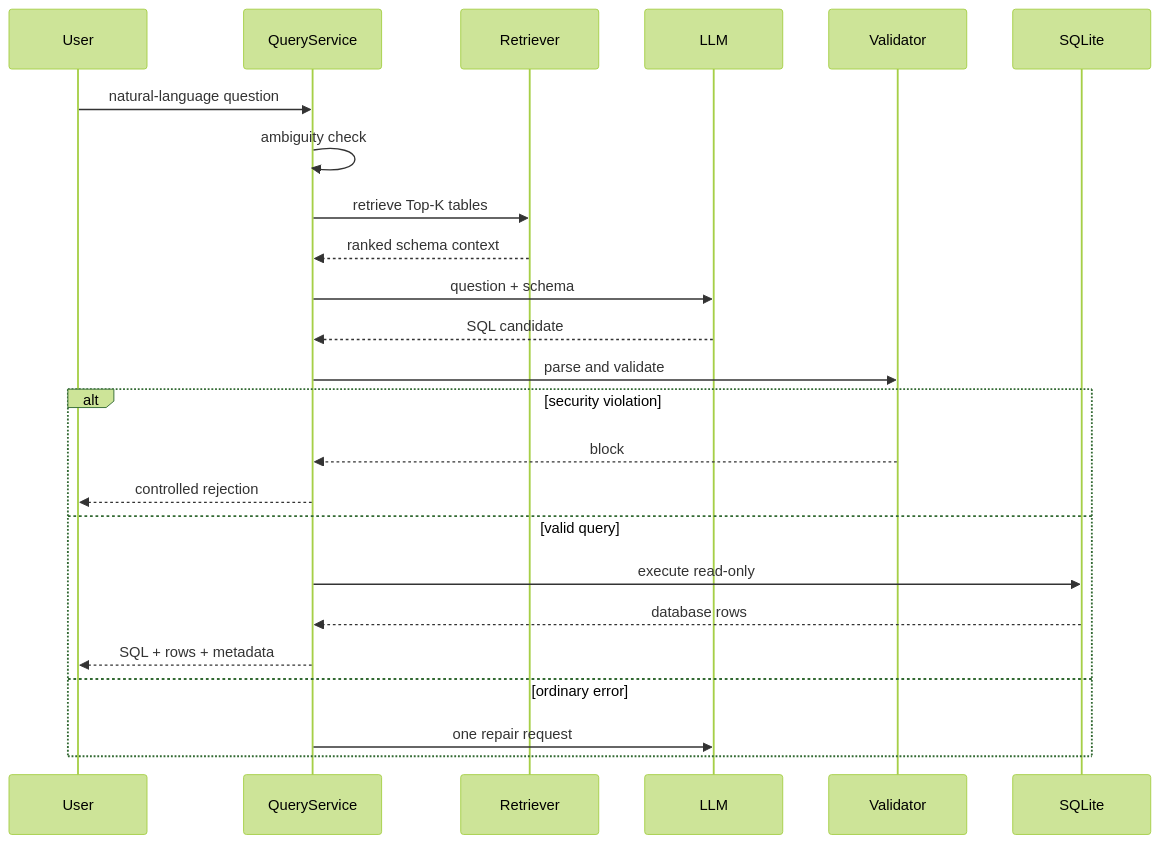
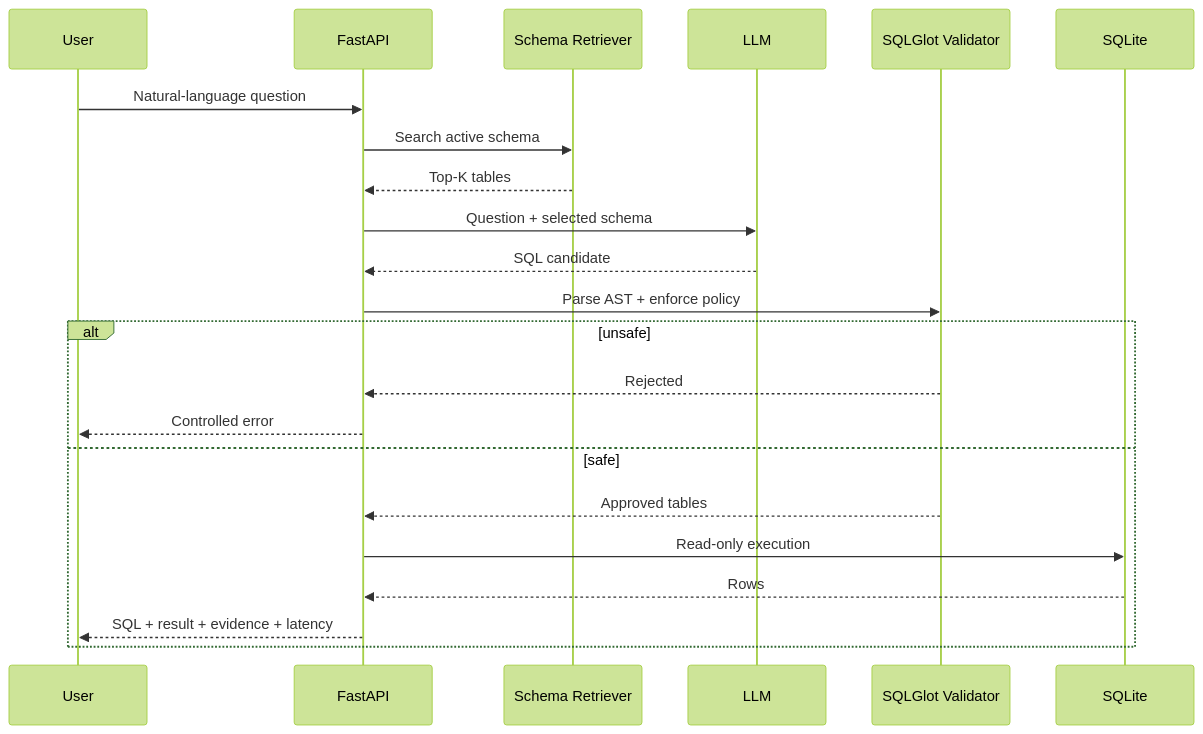
One commit to Vaibhav-153/queryguard-ai changed the second of 6 diagrams in docs/ARCHITECTURE.md. Above: the diagram before and after it, drawn with Mermaid (forest theme). The commit also changed other lines of this file and 133 other files, not shown here.

````diff
--- a/docs/ARCHITECTURE.md
+++ b/docs/ARCHITECTURE.md
@@ -37,27 +32,25 @@
 ```mermaid
 sequenceDiagram
     participant U as User
-    participant Q as QueryService
-    participant R as Retriever
+    participant A as FastAPI
+    participant R as Schema Retriever
     participant L as LLM
-    participant V as Validator
+    participant V as SQLGlot Validator
     participant D as SQLite
 
-    U->>Q: natural-language question
-    Q->>Q: ambiguity check
-    Q->>R: retrieve Top-K tables
-    R-->>Q: ranked schema context
-    Q->>L: question + schema
-    L-->>Q: SQL candidate
-    Q->>V: parse and validate
-    alt security violation
-        V-->>Q: block
-        Q-->>U: controlled rejection
-    else valid query
-        Q->>D: execute read-only
-        D-->>Q: database rows
-        Q-->>U: SQL + rows + metadata
-    else ordinary error
-        Q->>L: one repair request
+    U->>A: Natural-language question
+    A->>R: Search active schema
+    R-->>A: Top-K tables
+    A->>L: Question + selected schema
+    L-->>A: SQL candidate
+    A->>V: Parse AST + enforce policy
+    alt unsafe
+        V-->>A: Rejected
+        A-->>U: Controlled error
+    else safe
+        V-->>A: Approved tables
+        A->>D: Read-only execution
+        D-->>A: Rows
+        A-->>U: SQL + result + evidence + latency
     end
 ```
````
